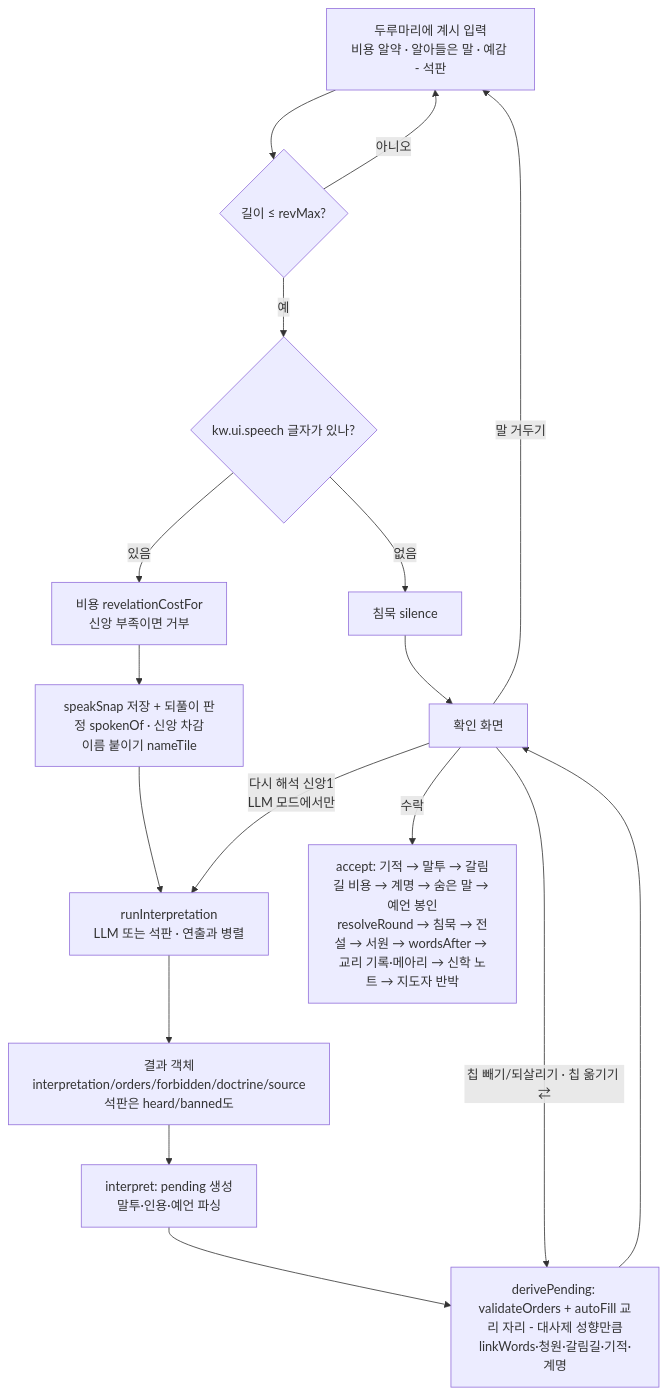
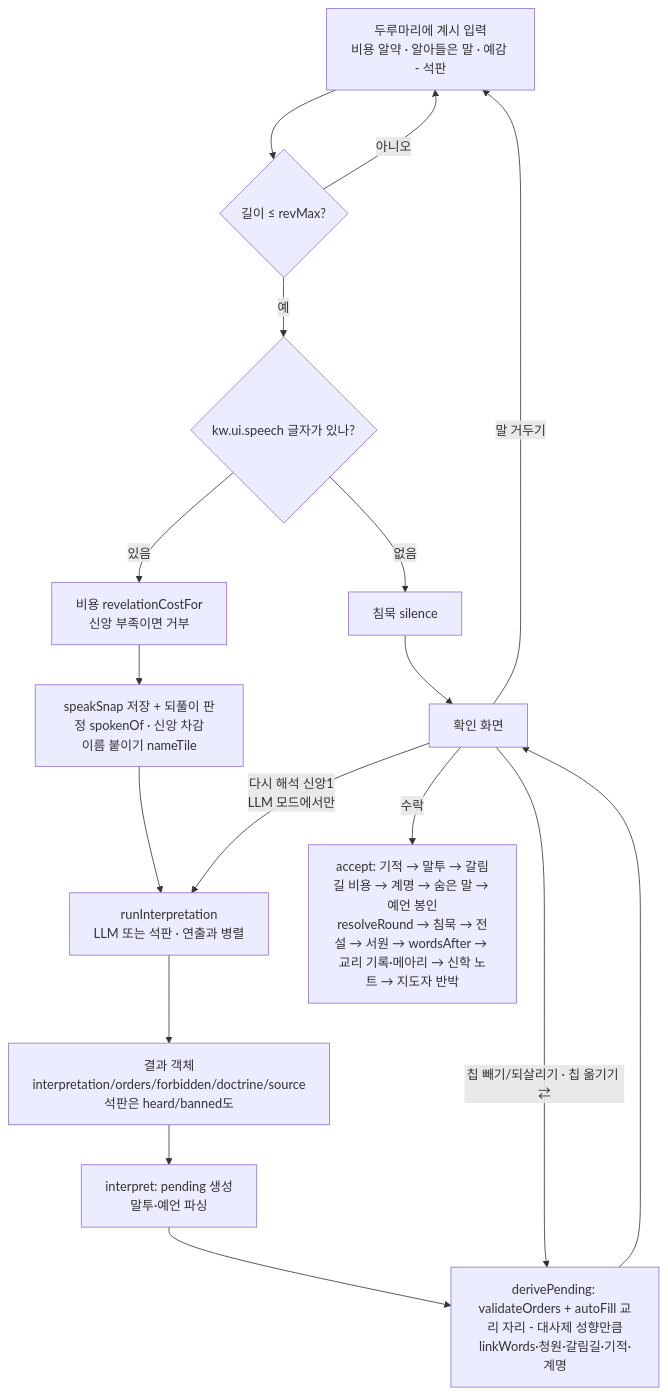
Before and after one commit to wisebear-KOR/GSG_Project: the diagram in docs/spec/05-interpreter.md, drawn with Mermaid. The commit also changed other lines of this file and 14 other files, not shown here.

````diff
--- a/docs/spec/05-interpreter.md
+++ b/docs/spec/05-interpreter.md
@@ -28,19 +28,19 @@
 ```mermaid
 flowchart TD
   A[두루마리에 계시 입력<br/>비용 알약 · 알아들은 말 · 예감 - 석판] --> B{길이 ≤ revMax?}
   B -- 아니오 --> A
   B -- 예 --> C{kw.ui.speech 글자가 있나?}
   C -- 없음 --> S[침묵 silence]
   C -- 있음 --> D[비용 revelationCostFor<br/>신앙 부족이면 거부]
   D --> E[speakSnap 저장 + 되풀이 판정 spokenOf · 신앙 차감<br/>이름 붙이기 nameTile]
   E --> F[runInterpretation<br/>LLM 또는 석판 · 연출과 병렬]
   F --> G[결과 객체<br/>interpretation/orders/forbidden/doctrine/source<br/>석판은 heard/banned도]
-  G --> H[interpret: pending 생성<br/>말투·인용·예언 파싱]
+  G --> H[interpret: pending 생성<br/>말투·예언 파싱]
   H --> I[derivePending: validateOrders + autoFill 교리 자리 - 대사제 성향만큼<br/>linkWords·청원·갈림길·기적·계명]
   I --> J[확인 화면]
   J -- 칩 빼기/되살리기 · 칩 옮기기 ⇄ --> I
   J -- 다시 해석 신앙1<br/>LLM 모드에서만 --> F
   J -- 말 거두기 --> A
   J -- 수락 --> K[accept: 기적 → 말투 → 갈림길 비용 → 계명 → 숨은 말 → 예언 봉인<br/>resolveRound → 침묵 → 전설 → 서원 → wordsAfter → 교리 기록·메아리 → 신학 노트 → 지도자 반박]
   S --> J
 ```
````
